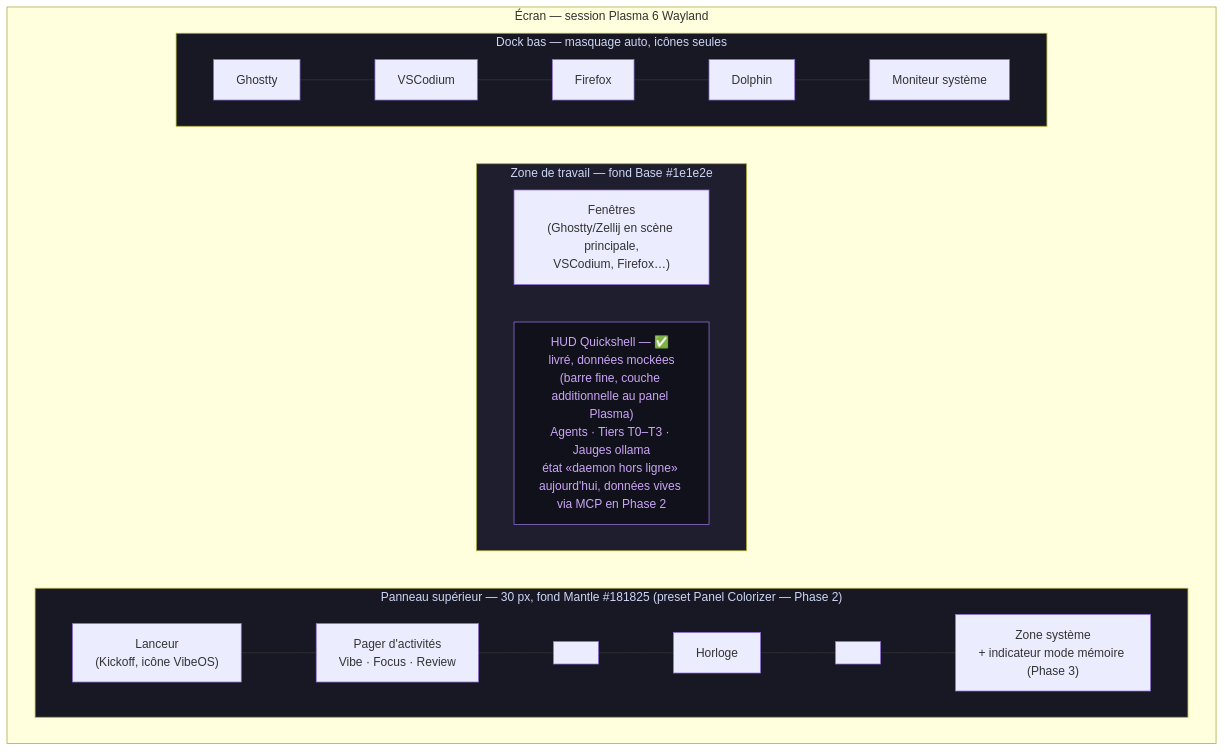
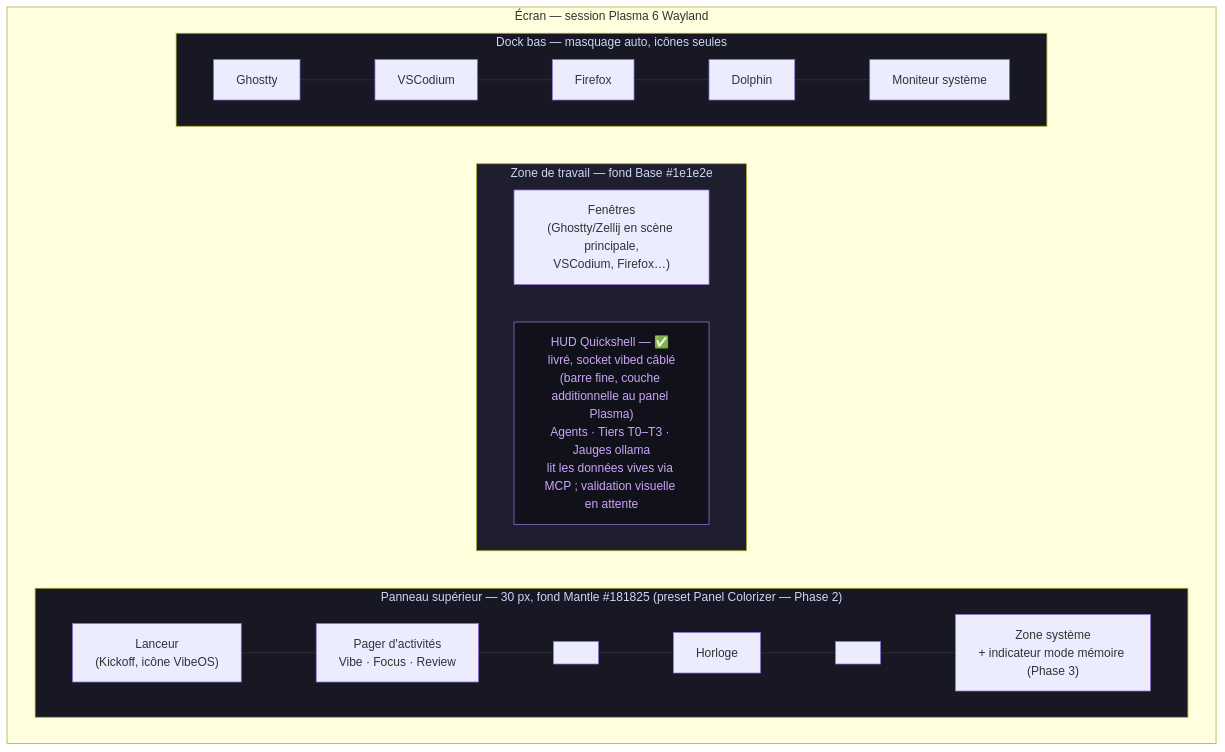
One commit to Micka420-collab/vibeos changed the diagram in docs/DESKTOP.md. Above: the diagram before and after it, drawn with Mermaid. The commit also changed other lines of this file and 2 other files, not shown here.

First line of the commit message:
docs: aligner les docs bureau sur la réalité — HUD live-câblé, pas mocké

````diff
--- a/docs/DESKTOP.md
+++ b/docs/DESKTOP.md
@@ -37,22 +37,22 @@
 ```mermaid
 flowchart TB
     subgraph SCREEN["Écran — session Plasma 6 Wayland"]
         subgraph TOP["Panneau supérieur — 30 px, fond Mantle #181825 (preset Panel Colorizer — Phase 2)"]
             direction LR
             K["Lanceur<br/>(Kickoff, icône VibeOS)"] --- ACT["Pager d'activités<br/>Vibe · Focus · Review"] --- SPACER1[" "] --- CLOCK["Horloge"] --- SPACER2[" "] --- TRAY["Zone système<br/>+ indicateur mode mémoire (Phase 3)"]
         end
         subgraph CENTER["Zone de travail — fond Base #1e1e2e"]
             direction LR
             WORK["Fenêtres<br/>(Ghostty/Zellij en scène principale,<br/>VSCodium, Firefox…)"]
-            HUD["HUD Quickshell — ✅ livré, données mockées<br/>(barre fine, couche additionnelle au panel Plasma)<br/>Agents · Tiers T0–T3 · Jauges ollama<br/>état «daemon hors ligne» aujourd'hui, données vives via MCP en Phase 2"]
+            HUD["HUD Quickshell — ✅ livré, socket vibed câblé<br/>(barre fine, couche additionnelle au panel Plasma)<br/>Agents · Tiers T0–T3 · Jauges ollama<br/>lit les données vives via MCP ; validation visuelle en attente"]
         end
         subgraph DOCK["Dock bas — masquage auto, icônes seules"]
             direction LR
             D1["Ghostty"] --- D2["VSCodium"] --- D3["Firefox"] --- D4["Dolphin"] --- D5["Moniteur système"]
         end
     end
     style TOP fill:#181825,color:#cdd6f4
     style CENTER fill:#1e1e2e,color:#cdd6f4
     style DOCK fill:#181825,color:#cdd6f4
     style HUD fill:#11111b,color:#cba6f7
 ```
````
